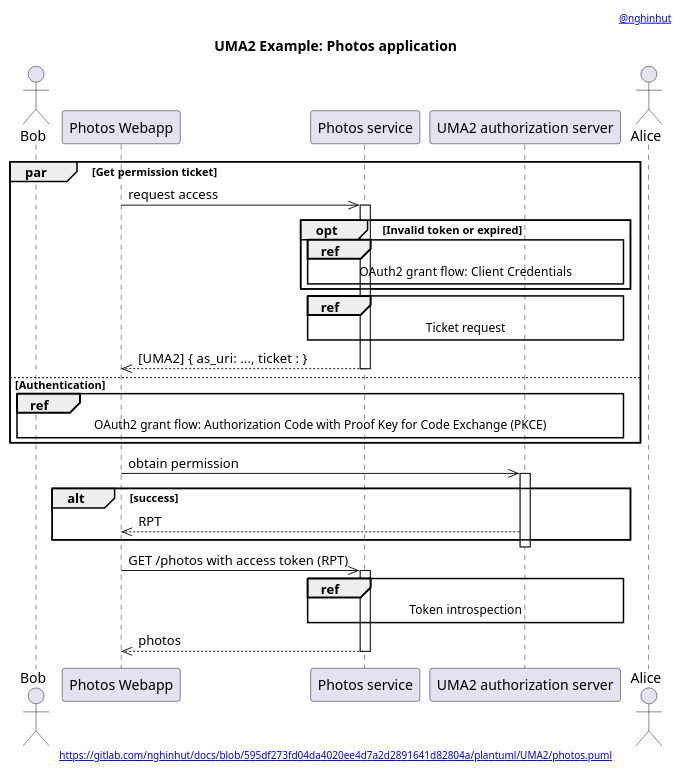
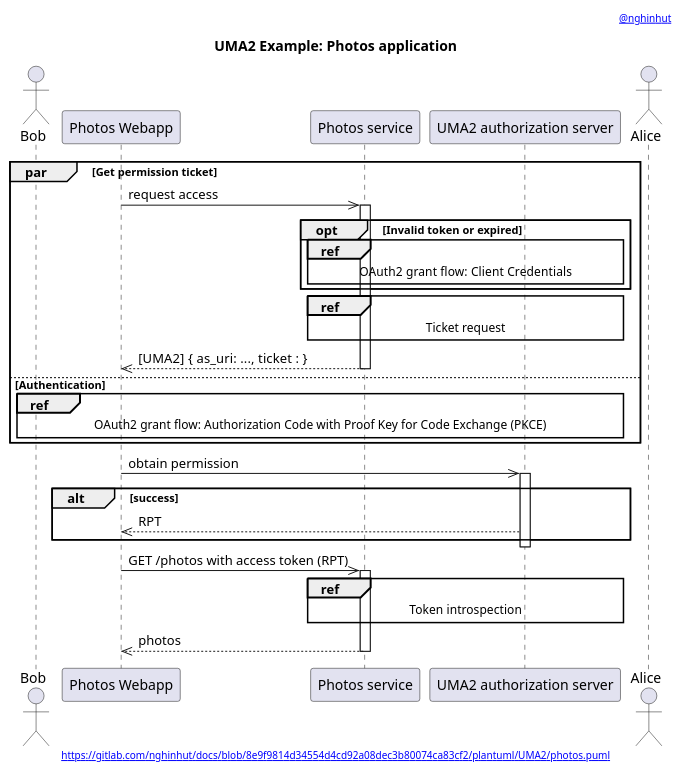
Before and after one commit to nghinhut/docs: the diagram in plantuml/UMA2/photos.apps.puml, drawn with PlantUML. The commit also changed 28 other files, not shown here.

```diff
--- a/plantuml/UMA2/photos.apps.puml
+++ b/plantuml/UMA2/photos.apps.puml
@@ -1,43 +1,43 @@
 @startuml
 '-----START auto generated metadata please keep comment here to allow auto update-----
 '-----DON'T EDIT THIS SECTION, INSTEAD RE-RUN prebuild.sh TO UPDATE-----
-header [[https://www.nghinhut.dev?from=http%5C%3A%5C%2F%5C%2Fwww%5C.plantuml%5C.com%5C%2Fplantuml%5C%2Fproxy%3Ffmt%3Dsvg%5C%26src%3Dhttps%5C%3A%5C%2F%5C%2Fgitlab%5C.com%5C%2Fnghinhut%5C%2Fdocs%5C%2Fraw%5C%2F595df273fd04da4020ee4d7a2d2891641d82804a%5C%2Fplantuml%5C%2FUMA2%5C%2Fphotos%5C.puml%0A @nghinhut]]
-footer [[http://www.plantuml.com/plantuml/proxy?fmt=svg&src=https://gitlab.com/nghinhut/docs/raw/595df273fd04da4020ee4d7a2d2891641d82804a/plantuml/UMA2/photos.puml https://gitlab.com/nghinhut/docs/blob/595df273fd04da4020ee4d7a2d2891641d82804a/plantuml/UMA2/photos.puml]]
+header [[https://www.nghinhut.dev?from=http%5C%3A%5C%2F%5C%2Fwww%5C.plantuml%5C.com%5C%2Fplantuml%5C%2Fproxy%3Ffmt%3Dsvg%5C%26src%3Dhttps%5C%3A%5C%2F%5C%2Fgitlab%5C.com%5C%2Fnghinhut%5C%2Fdocs%5C%2Fraw%5C%2F8e9f9814d34554d4cd92a08dec3b80074ca83cf2%5C%2Fplantuml%5C%2FUMA2%5C%2Fphotos%5C.puml%0A @nghinhut]]
+footer [[http://www.plantuml.com/plantuml/proxy?fmt=svg&src=https://gitlab.com/nghinhut/docs/raw/8e9f9814d34554d4cd92a08dec3b80074ca83cf2/plantuml/UMA2/photos.puml https://gitlab.com/nghinhut/docs/blob/8e9f9814d34554d4cd92a08dec3b80074ca83cf2/plantuml/UMA2/photos.puml]]
 '-----END auto generated metadata please keep comment here to allow auto update-----
 title UMA2 Example: Photos application
 
 actor "Bob" as rp
 participant "Photos Webapp" as client
 participant "Photos service" as rs
 participant "UMA2 authorization server" as as
 actor "Alice" as ro
 
 par Get permission ticket
     client ->> rs : request access
     activate rs
 
     opt Invalid token or expired
         ref over rs, as : OAuth2 grant flow: Client  Credentials
     end
 
     ref over rs, as : Ticket request
 
     client <<-- rs : [UMA2] { as_uri: ...,  ticket : }
     deactivate rs
 else Authentication
     ref over rp, as : OAuth2 grant flow: Authorization Code with Proof Key for Code Exchange (PKCE)
 end
 
 client ->> as : obtain permission
 activate as
 alt success
 client <<-- as : RPT
 end
 deactivate as
 
 client ->> rs : GET /photos with access token (RPT)
 activate rs
 ref over rs, as : Token introspection
 client <<-- rs : photos
 deactivate rs
 @enduml
```
